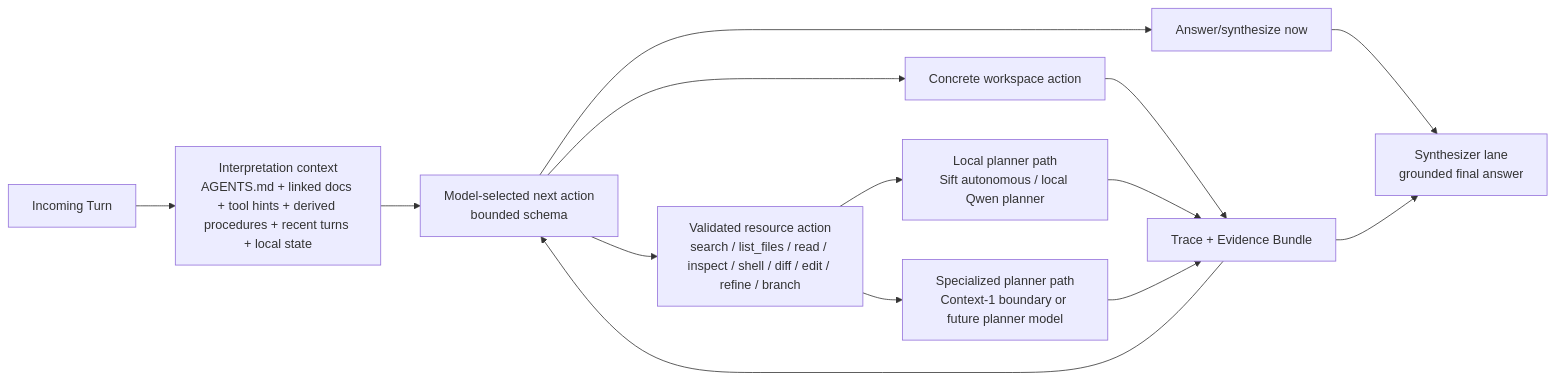
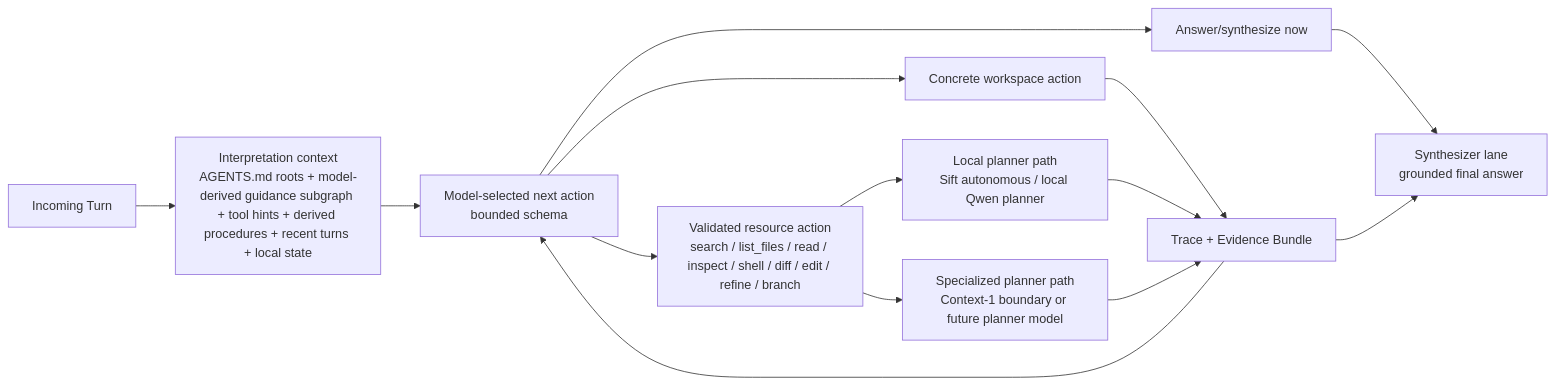
One commit to spoke-sh/paddles changed the second of 5 diagrams in README.md. Above: the diagram before and after it, drawn with Mermaid. The commit also changed other lines of this file and 11 other files, not shown here.

First line of the commit message:
feat: derive guidance graph from agents memory

````diff
--- a/README.md
+++ b/README.md
@@ -51,22 +51,22 @@
 ```mermaid
 flowchart LR
     Turn["Incoming Turn"]
-    Interpret["Interpretation context<br/>AGENTS.md + linked docs + tool hints + derived procedures + recent turns + local state"]
+    Interpret["Interpretation context<br/>AGENTS.md roots + model-derived guidance subgraph + tool hints + derived procedures + recent turns + local state"]
     Decide["Model-selected next action<br/>bounded schema"]
     Direct["Answer/synthesize now"]
     Tool["Concrete workspace action"]
     Resource["Validated resource action<br/>search / list_files / read / inspect / shell / diff / edit / refine / branch"]
     LocalPlanner["Local planner path<br/>Sift autonomous / local Qwen planner"]
     HeavyPlanner["Specialized planner path<br/>Context-1 boundary or future planner model"]
     Evidence["Trace + Evidence Bundle"]
     Synth["Synthesizer lane<br/>grounded final answer"]
 
     Turn --> Interpret --> Decide
     Decide --> Direct --> Synth
     Decide --> Tool --> Evidence
     Decide --> Resource
     Resource --> LocalPlanner --> Evidence
     Resource --> HeavyPlanner --> Evidence
     Evidence --> Decide
     Evidence --> Synth
 ```
````
